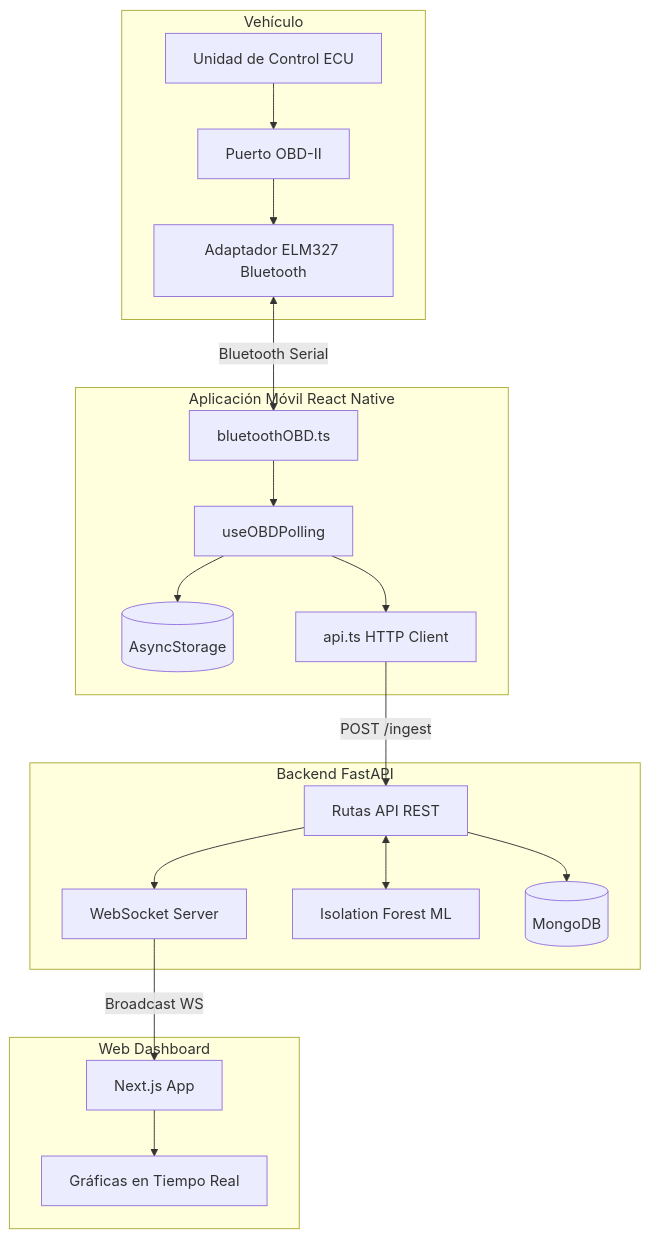
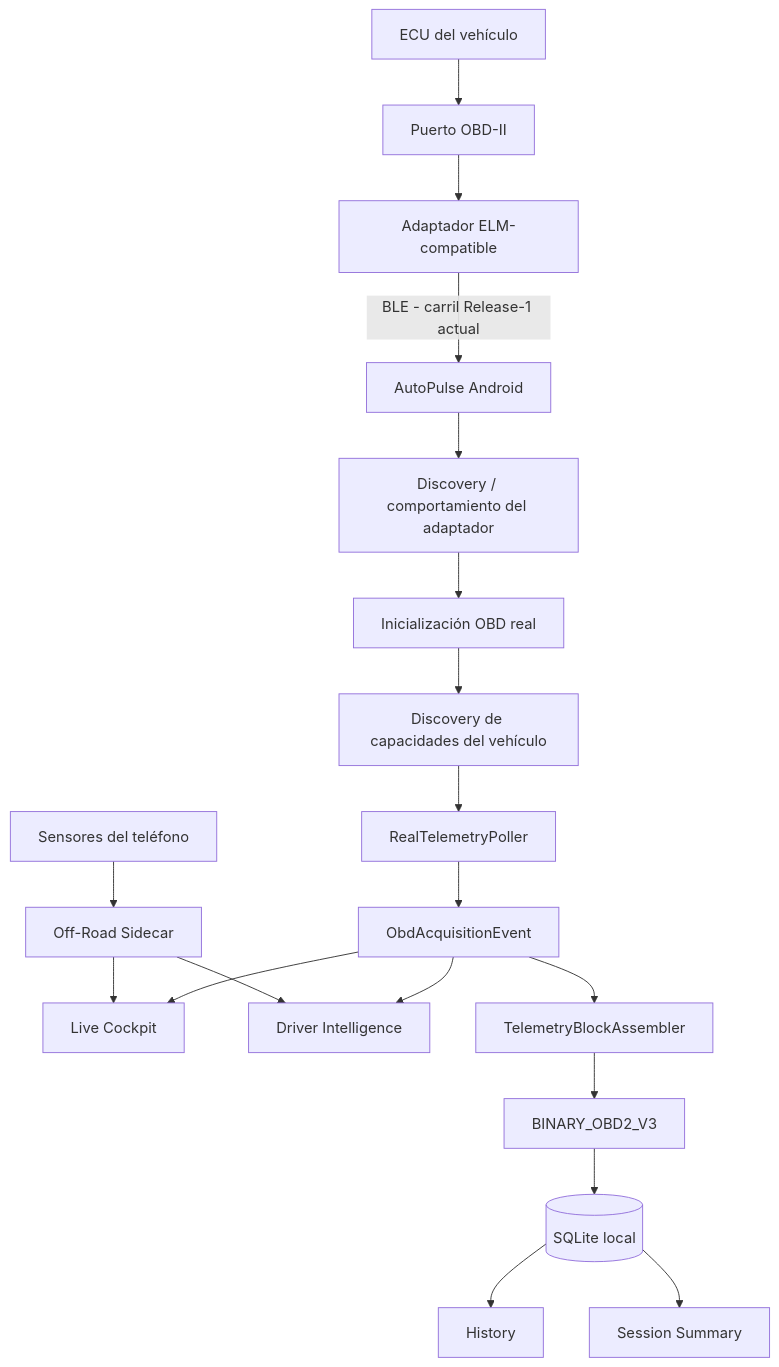
The diagram in DOCUMENTACION_EXTENSA.md (Em3rc0d/autoPulse), drawn with Mermaid before and after one commit. The commit also changed other lines of this file, not shown here.

Commit message:
docs: replace obsolete technical overview with current AutoPulse v1 documentation

````diff
--- a/DOCUMENTACION_EXTENSA.md
+++ b/DOCUMENTACION_EXTENSA.md
@@ -14,41 +32,24 @@
 ```mermaid
 graph TD
-    subgraph Vehículo
-        ECU[Unidad de Control ECU]
-        OBD2[Puerto OBD-II]
-        ELM[Adaptador ELM327 Bluetooth]
-        ECU --> OBD2 --> ELM
-    end
+    ECU[ECU del vehículo] --> OBD[Puerto OBD-II]
+    OBD --> ADAPTER[Adaptador ELM-compatible]
+    ADAPTER -->|BLE - carril Release-1 actual| APP[AutoPulse Android]
 
-    subgraph Aplicación Móvil React Native
-        BT_SRV[bluetoothOBD.ts]
-        LOCAL_DB[(AsyncStorage)]
-        HOOK[useOBDPolling]
-        API_CLIENT[api.ts HTTP Client]
-        
-        ELM <-->|Bluetooth Serial| BT_SRV
-        BT_SRV --> HOOK
-        HOOK --> LOCAL_DB
-        HOOK --> API_CLIENT
-    end
+    APP --> PROBE[Discovery / comportamiento del adaptador]
+    PROBE --> INIT[Inicialización OBD real]
+    INIT --> CAP[Discovery de capacidades del vehículo]
+    CAP --> POLL[RealTelemetryPoller]
+    POLL --> EVENT[ObdAcquisitionEvent]
 
-    subgraph Backend FastAPI
-        API_ROUTE[Rutas API REST]
-        WS_ROUTE[WebSocket Server]
-        ML[Isolation Forest ML]
-        MONGO[(MongoDB)]
-        
-        API_CLIENT -->|POST /ingest| API_ROUTE
-        API_ROUTE --> MONGO
-        API_ROUTE <--> ML
-        API_ROUTE --> WS_ROUTE
-    end
+    EVENT --> UI[Live Cockpit]
+    EVENT --> DI[Driver Intelligence]
+    EVENT --> BLOCK[TelemetryBlockAssembler]
+    BLOCK --> CODEC[BINARY_OBD2_V3]
+    CODEC --> DB[(SQLite local)]
+    DB --> HISTORY[History]
+    DB --> SUMMARY[Session Summary]
 
-    subgraph Web Dashboard
-        NEXTJS[Next.js App]
-        CHART[Gráficas en Tiempo Real]
-        
-        WS_ROUTE -->|Broadcast WS| NEXTJS
-        NEXTJS --> CHART
-    end
+    PHONE[Sensores del teléfono] --> SIDE[Off-Road Sidecar]
+    SIDE --> UI
+    SIDE --> DI
 ```
````
